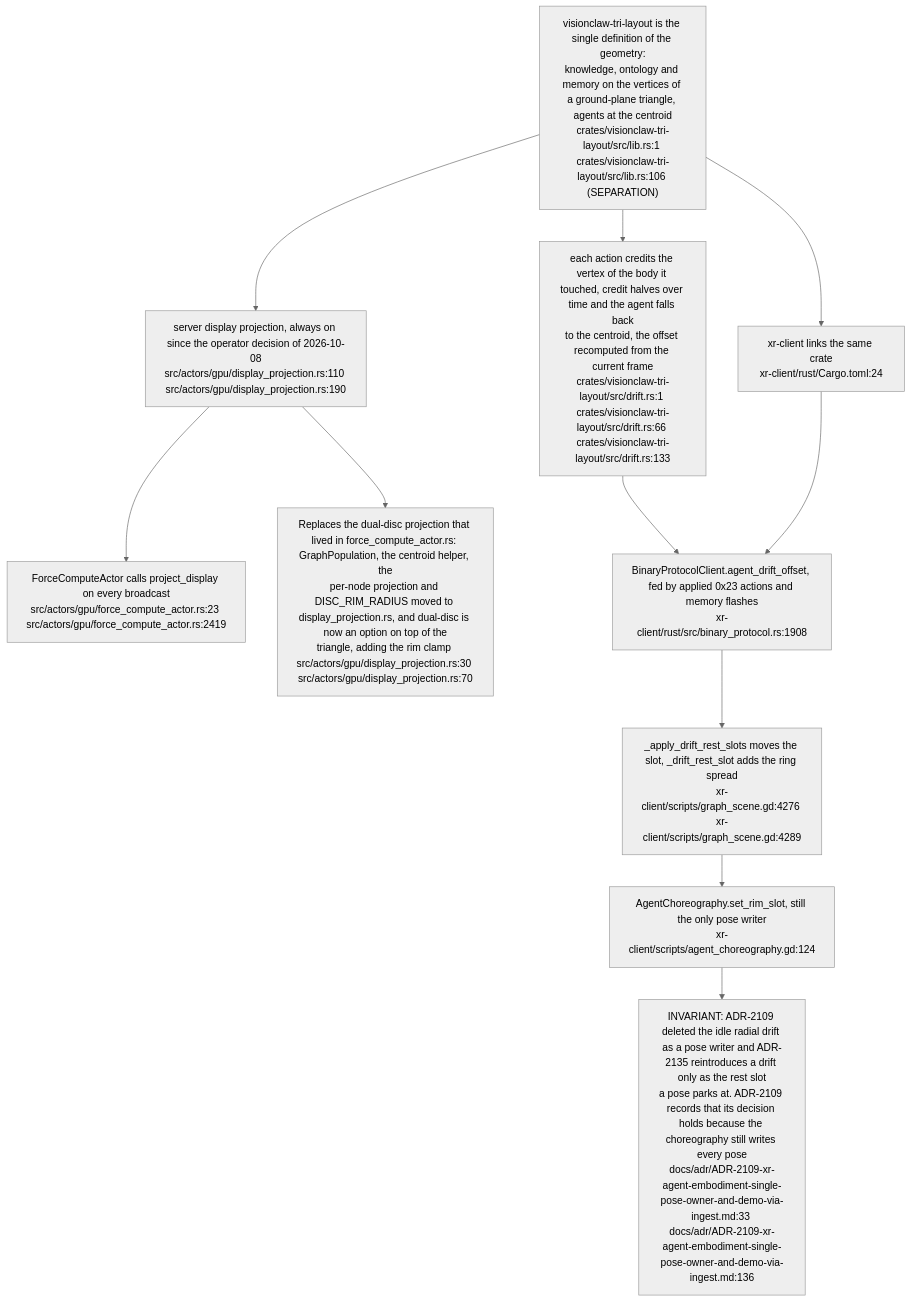
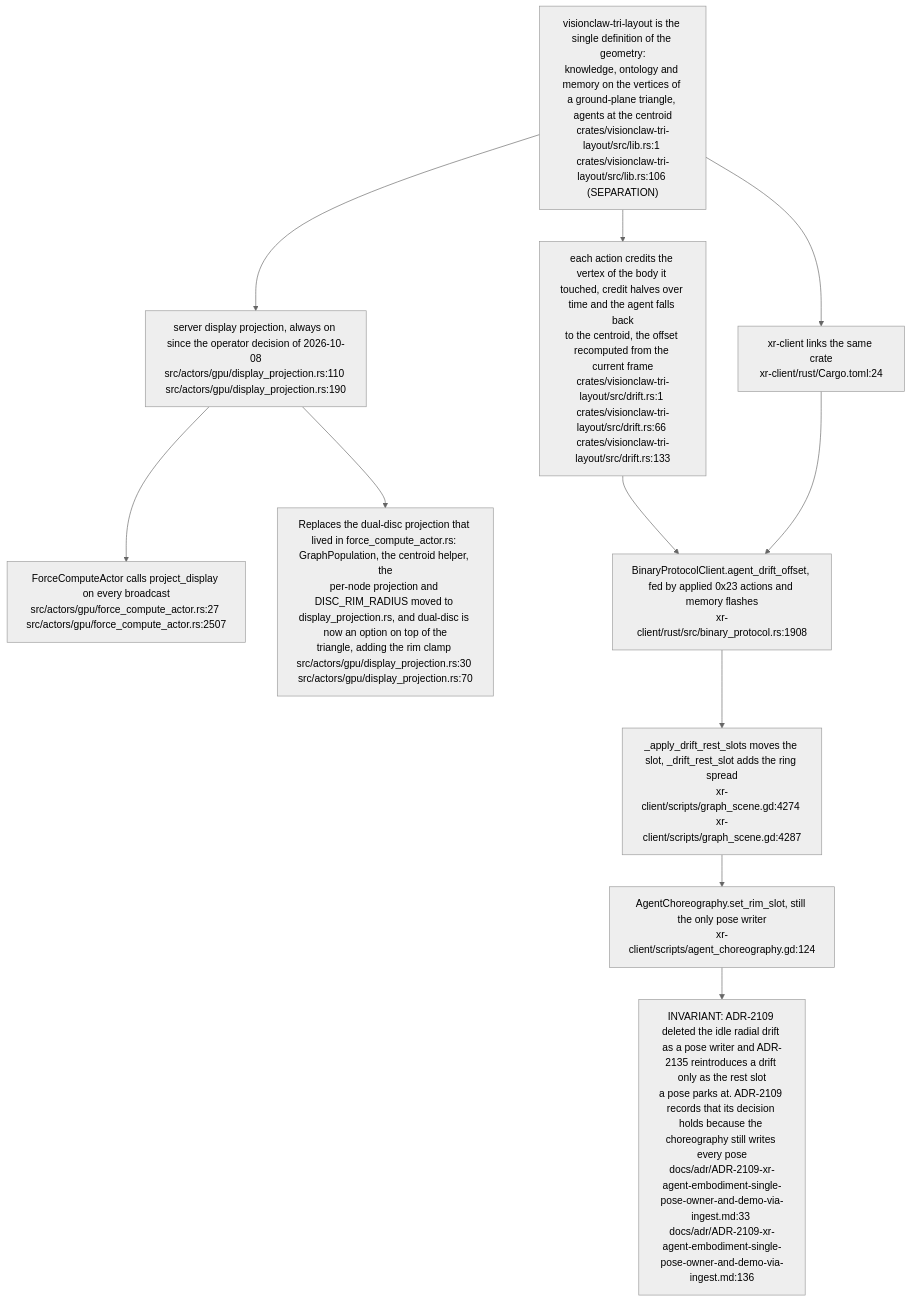
Diagram 25 of 30 in docs/diagrams/visionclaw/36-godot-xr-client.md (DreamLab-AI/VisionFlow), drawn with Mermaid (neutral theme) before and after one commit. The commit also changed other lines of this file and 7 other files, not shown here.

First line of the commit message:
diagrams(visionclaw): re-verify VC-34 to VC-40 and VC-42 at visionclaw 4900ec6, agentbox 59b1aca

````diff
--- a/docs/diagrams/visionclaw/36-godot-xr-client.md
+++ b/docs/diagrams/visionclaw/36-godot-xr-client.md
@@ -1305,21 +1305,21 @@
 ```mermaid
 flowchart TB
     TRI["visionclaw-tri-layout is the single definition of the geometry:<br/>knowledge, ontology and memory on the vertices of a ground-plane triangle, agents at the centroid<br/>crates/visionclaw-tri-layout/src/lib.rs:1 crates/visionclaw-tri-layout/src/lib.rs:106 (SEPARATION)"]
     SRV["server display projection, always on since the operator decision of 2026-10-08<br/>src/actors/gpu/display_projection.rs:110 src/actors/gpu/display_projection.rs:190"]
-    FCA["ForceComputeActor calls project_display on every broadcast<br/>src/actors/gpu/force_compute_actor.rs:23 src/actors/gpu/force_compute_actor.rs:2419"]
+    FCA["ForceComputeActor calls project_display on every broadcast<br/>src/actors/gpu/force_compute_actor.rs:27 src/actors/gpu/force_compute_actor.rs:2507"]
     DRIFT["each action credits the vertex of the body it touched, credit halves over time and the agent falls back<br/>to the centroid, the offset recomputed from the current frame<br/>crates/visionclaw-tri-layout/src/drift.rs:1 crates/visionclaw-tri-layout/src/drift.rs:66 crates/visionclaw-tri-layout/src/drift.rs:133"]
     CLI["xr-client links the same crate<br/>xr-client/rust/Cargo.toml:24"]
     BPC["BinaryProtocolClient.agent_drift_offset, fed by applied 0x23 actions and memory flashes<br/>xr-client/rust/src/binary_protocol.rs:1908"]
-    SLOT["_apply_drift_rest_slots moves the slot, _drift_rest_slot adds the ring spread<br/>xr-client/scripts/graph_scene.gd:4276 xr-client/scripts/graph_scene.gd:4289"]
+    SLOT["_apply_drift_rest_slots moves the slot, _drift_rest_slot adds the ring spread<br/>xr-client/scripts/graph_scene.gd:4274 xr-client/scripts/graph_scene.gd:4287"]
     CH["AgentChoreography.set_rim_slot, still the only pose writer<br/>xr-client/scripts/agent_choreography.gd:124"]
 
     TRI --> SRV --> FCA
     TRI --> DRIFT
     TRI --> CLI --> BPC
     DRIFT --> BPC --> SLOT --> CH
 
     N1["Replaces the dual-disc projection that lived in force_compute_actor.rs: GraphPopulation, the centroid helper, the<br/>per-node projection and DISC_RIM_RADIUS moved to display_projection.rs, and dual-disc is now an option on top of the<br/>triangle, adding the rim clamp src/actors/gpu/display_projection.rs:30 src/actors/gpu/display_projection.rs:70"]
     N2["INVARIANT: ADR-2109 deleted the idle radial drift as a pose writer and ADR-2135 reintroduces a drift only as the rest slot<br/>a pose parks at. ADR-2109 records that its decision holds because the choreography still writes every pose<br/>docs/adr/ADR-2109-xr-agent-embodiment-single-pose-owner-and-demo-via-ingest.md:33 docs/adr/ADR-2109-xr-agent-embodiment-single-pose-owner-and-demo-via-ingest.md:136"]
     CH --> N2
     SRV --> N1
 ```
````
